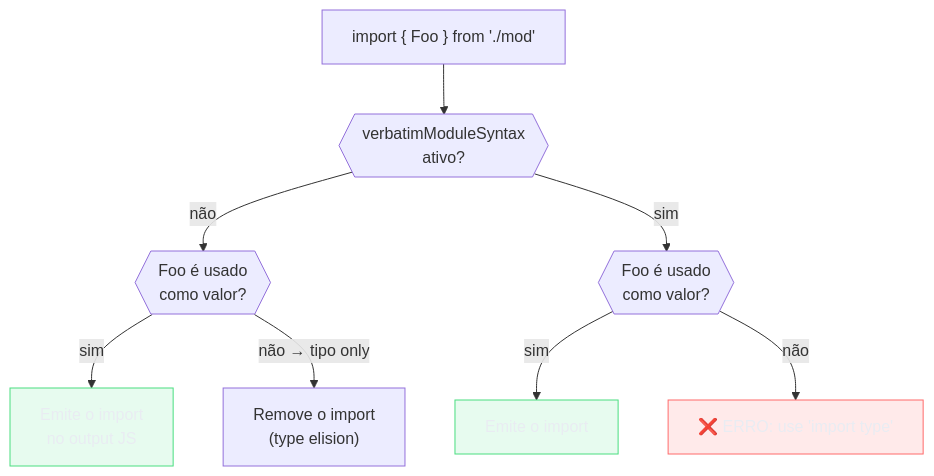
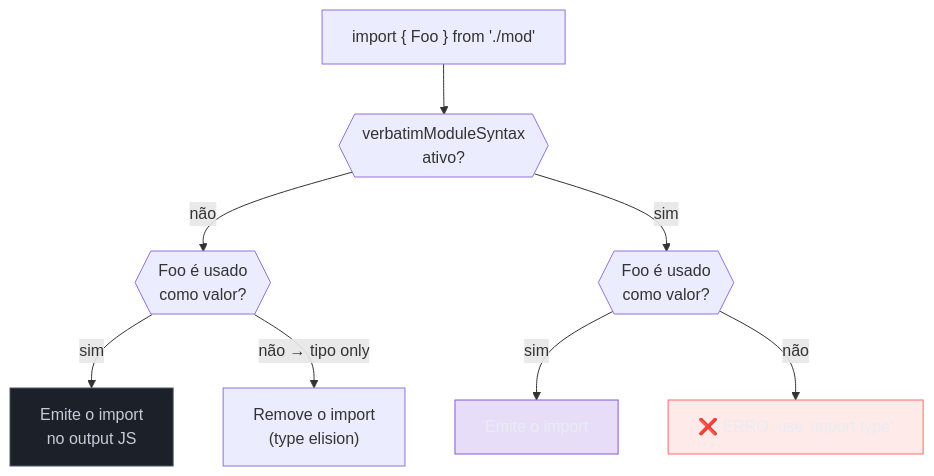
The fourth of 7 diagrams in 03-Dominios/Tecnologia/TypeScript/21 - Modules - ESM, CJS e type-only imports.md (josenaldo/codex-technomanticus), drawn with Mermaid before and after one commit. The commit also changed other lines of this file and 601 other files, not shown here.

````diff
--- a/03-Dominios/Tecnologia/TypeScript/21 - Modules - ESM, CJS e type-only imports.md
+++ b/03-Dominios/Tecnologia/TypeScript/21 - Modules - ESM, CJS e type-only imports.md
@@ -311,23 +311,24 @@
 ```mermaid
 flowchart TD
+    classDef marca fill:#8855DF33,stroke:#8855DF,color:#E9ECF2
+    classDef neutro fill:#1B2029,stroke:#4E5666,color:#C6CCD8
     classDef falha fill:#FF6B6B24,stroke:#FF6B6B,color:#E9ECF2
-    classDef ok fill:#4ADE8021,stroke:#4ADE80,color:#E9ECF2
     IMP["import { Foo } from './mod'"]
     VM{{"verbatimModuleSyntax\nativo?"}}
     USE{{"Foo é usado\ncomo valor?"}}
     EMIT["Emite o import\nno output JS"]
     REMOVE["Remove o import\n(type elision)"]
     ERROR["❌ ERRO: use 'import type'"]
 
     IMP --> VM
     VM -- não --> USE
     USE -- sim --> EMIT
     USE -- não → tipo only --> REMOVE
     VM -- sim --> USE2{{"Foo é usado\ncomo valor?"}}
     USE2 -- sim --> EMIT2["Emite o import"]
     USE2 -- não --> ERROR
 
     class ERROR falha
-    class EMIT ok
-    class EMIT2 ok
+    class EMIT neutro
+    class EMIT2 marca
 ```
````
